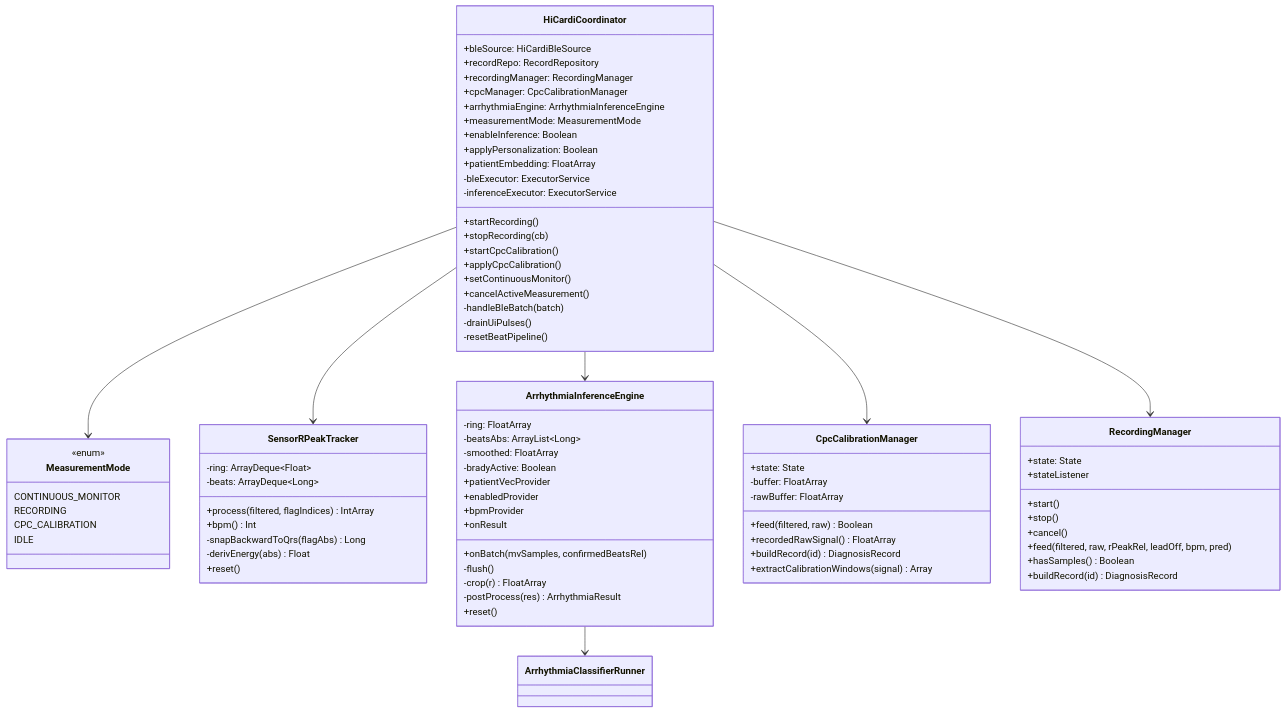
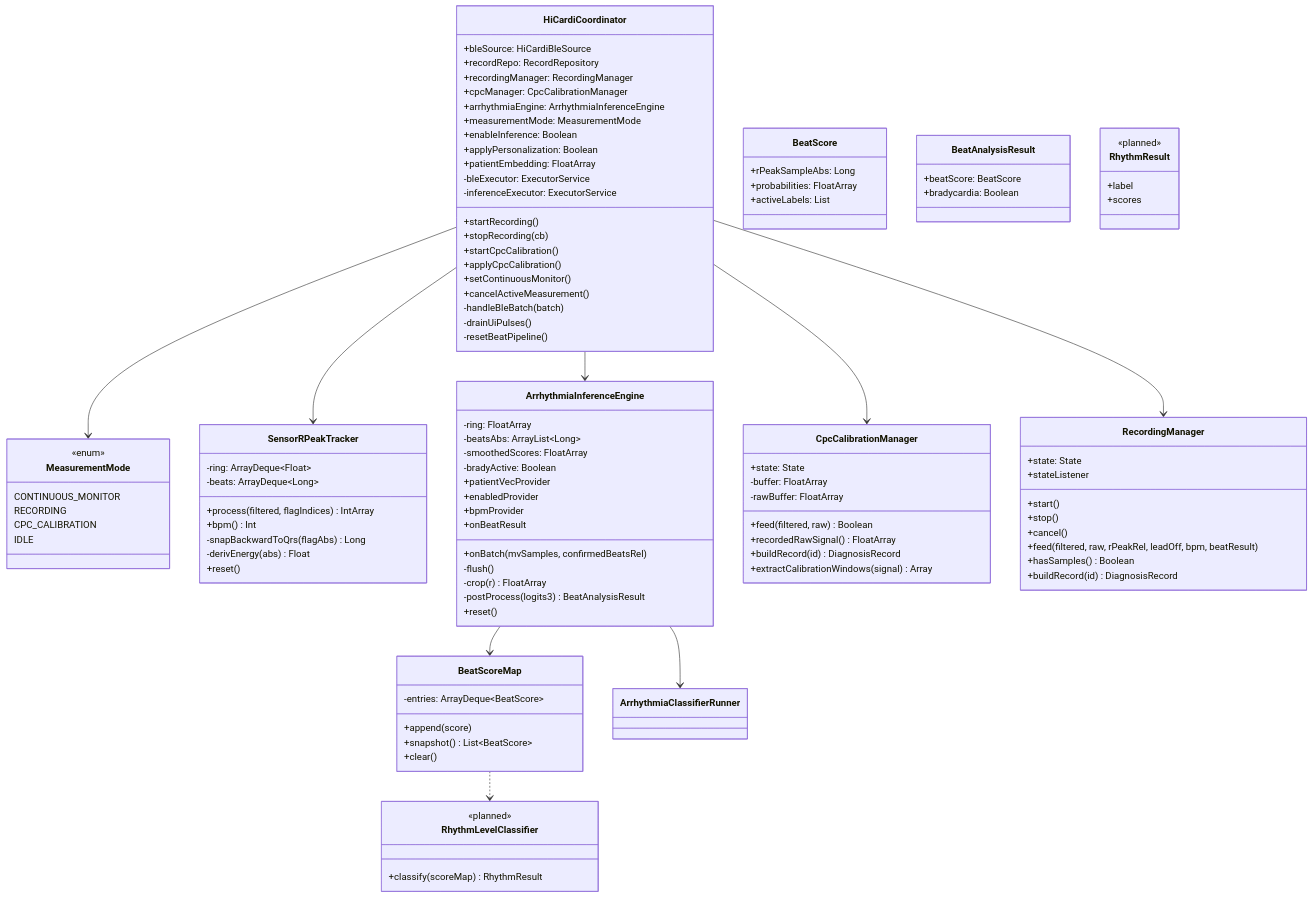
Before and after one commit to h4xryu/ECG-Realtime-monitor: the second of 12 diagrams in docs/DESIGN_SPEC.md, drawn with Mermaid. The commit also changed other lines of this file, not shown here.

````diff
--- a/docs/DESIGN_SPEC.md
+++ b/docs/DESIGN_SPEC.md
@@ -99,6 +238,7 @@
     -drainUiPulses()
     -resetBeatPipeline()
   }
+
   class MeasurementMode {
     <<enum>>
     CONTINUOUS_MONITOR
@@ -106,6 +246,7 @@
     CPC_CALIBRATION
     IDLE
   }
+
   class SensorRPeakTracker {
     -ring: ArrayDeque~Float~
     -beats: ArrayDeque~Long~
@@ -115,21 +256,52 @@
     -derivEnergy(abs) Float
     +reset()
   }
+
   class ArrhythmiaInferenceEngine {
     -ring: FloatArray
     -beatsAbs: ArrayList~Long~
-    -smoothed: FloatArray
+    -smoothedScores: FloatArray
     -bradyActive: Boolean
     +patientVecProvider
     +enabledProvider
     +bpmProvider
-    +onResult
+    +onBeatResult
     +onBatch(mvSamples, confirmedBeatsRel)
     -flush()
     -crop(r) FloatArray
-    -postProcess(res) ArrhythmiaResult
+    -postProcess(logits3) BeatAnalysisResult
     +reset()
   }
+
+  class BeatScoreMap {
+    -entries: ArrayDeque~BeatScore~
+    +append(score)
+    +snapshot() List~BeatScore~
+    +clear()
+  }
+
+  class BeatScore {
+    +rPeakSampleAbs: Long
+    +probabilities: FloatArray
+    +activeLabels: List
+  }
+
+  class BeatAnalysisResult {
+    +beatScore: BeatScore
+    +bradycardia: Boolean
+  }
+
+  class RhythmLevelClassifier {
+    <<planned>>
+    +classify(scoreMap) RhythmResult
+  }
+
+  class RhythmResult {
+    <<planned>>
+    +label
+    +scores
+  }
+
   class CpcCalibrationManager {
     +state: State
     -buffer: FloatArray
@@ -139,20 +311,24 @@
     +buildRecord(id) DiagnosisRecord
     +extractCalibrationWindows(signal) Array
   }
+
   class RecordingManager {
     +state: State
     +stateListener
     +start()
     +stop()
     +cancel()
-    +feed(filtered, raw, rPeakRel, leadOff, bpm, pred)
+    +feed(filtered, raw, rPeakRel, leadOff, bpm, beatResult)
     +hasSamples() Boolean
     +buildRecord(id) DiagnosisRecord
   }
+
   HiCardiCoordinator --> MeasurementMode
   HiCardiCoordinator --> SensorRPeakTracker
   HiCardiCoordinator --> ArrhythmiaInferenceEngine
   HiCardiCoordinator --> CpcCalibrationManager
   HiCardiCoordinator --> RecordingManager
+  ArrhythmiaInferenceEngine --> BeatScoreMap
   ArrhythmiaInferenceEngine --> ArrhythmiaClassifierRunner
+  BeatScoreMap ..> RhythmLevelClassifier
 ```
````
